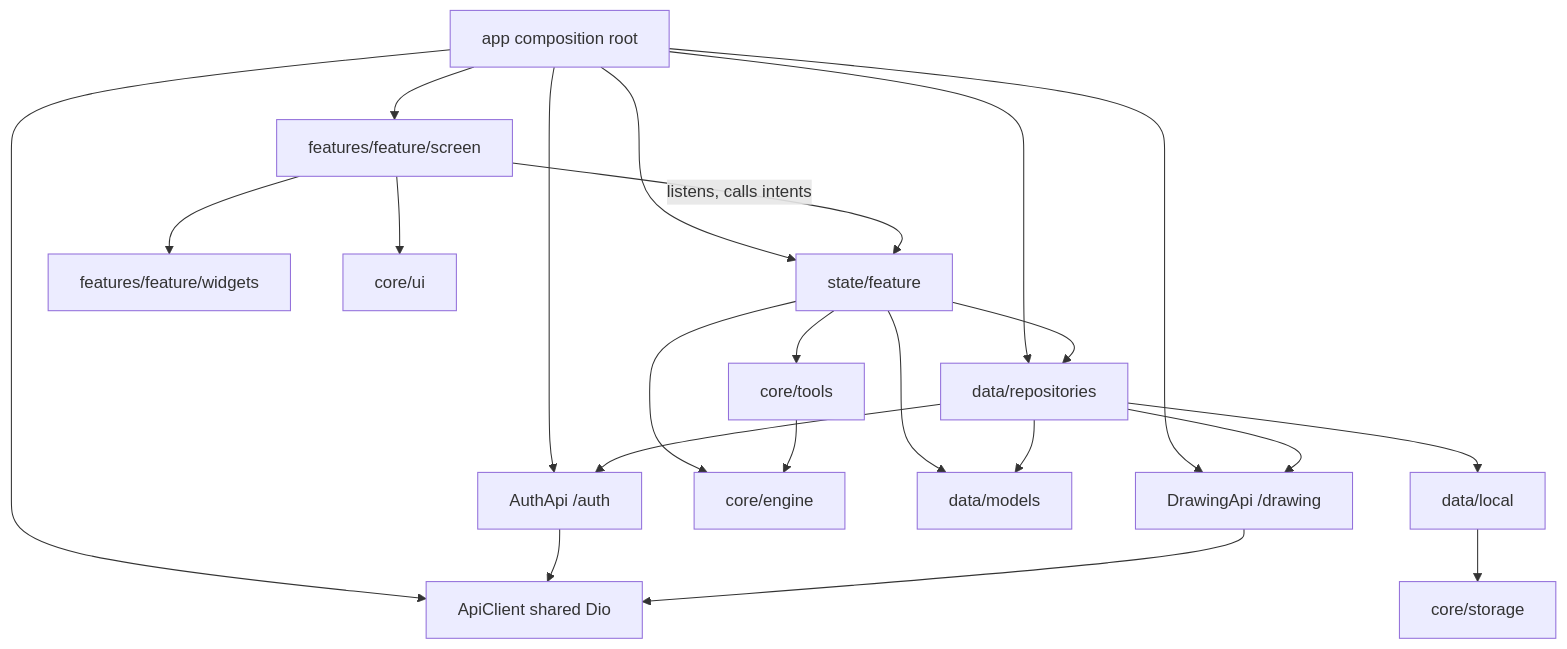
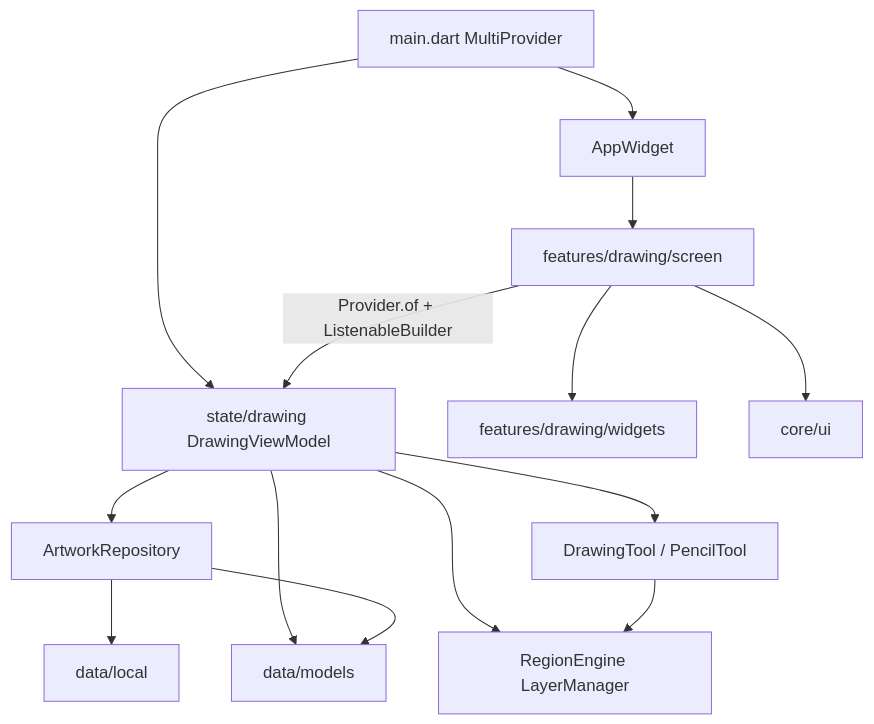
Before and after one commit to ghulamhussainjoyo/kids-drawing-app: the diagram in docs/Architecture.md, drawn with Mermaid. The commit also changed other lines of this file and 28 other files, not shown here.

Commit message:
feat: desing tool completed with pencil

````diff
--- a/docs/Architecture.md
+++ b/docs/Architecture.md
@@ -81,24 +79,16 @@
 ```mermaid
 flowchart TD
-    App["app composition root"] --> View
-    App --> ViewModel
-    App --> Repository
-    App --> AuthApi
-    App --> DrawingApi
-    App --> ApiClient
-    View["features/feature/screen"] -->|"listens, calls intents"| ViewModel["state/feature"]
-    View --> Widgets["features/feature/widgets"]
+    Main["main.dart MultiProvider"] --> AppWidget
+    Main --> ViewModel
+    AppWidget --> View
+    View["features/drawing/screen"] -->|"Provider.of + ListenableBuilder"| ViewModel["state/drawing DrawingViewModel"]
+    View --> Widgets["features/drawing/widgets"]
     View --> CoreUi["core/ui"]
-    ViewModel --> Repository["data/repositories"]
-    ViewModel --> Engine["core/engine"]
-    ViewModel --> Tools["core/tools"]
+    ViewModel --> Repository["ArtworkRepository"]
+    ViewModel --> Engine["RegionEngine LayerManager"]
+    ViewModel --> Tools["DrawingTool / PencilTool"]
     Tools --> Engine
     ViewModel --> Models["data/models"]
-    Repository --> AuthApi["AuthApi /auth"]
-    Repository --> DrawingApi["DrawingApi /drawing"]
     Repository --> Local["data/local"]
     Repository --> Models
-    AuthApi --> ApiClient["ApiClient shared Dio"]
-    DrawingApi --> ApiClient
-    Local --> Storage["core/storage"]
 ```
````
